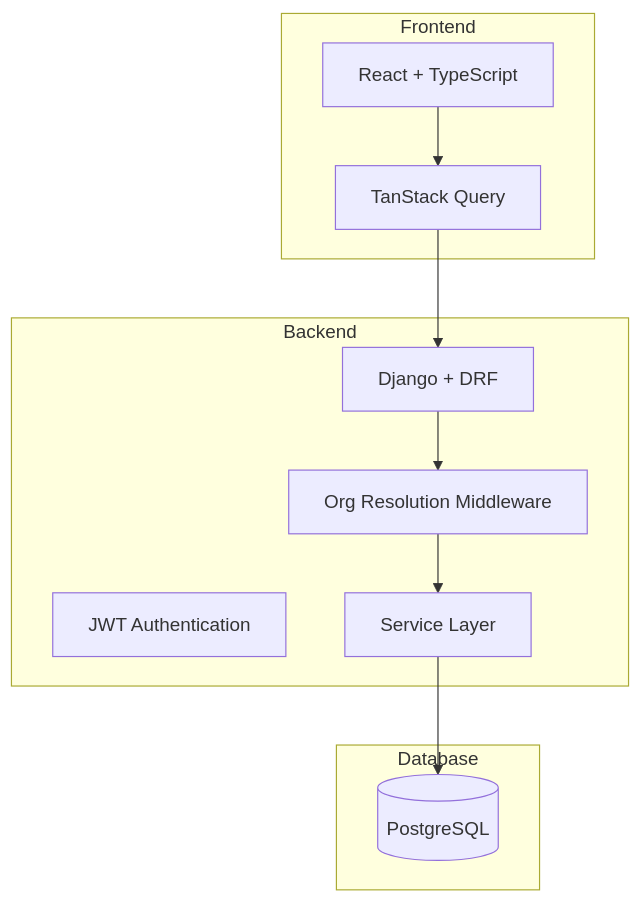
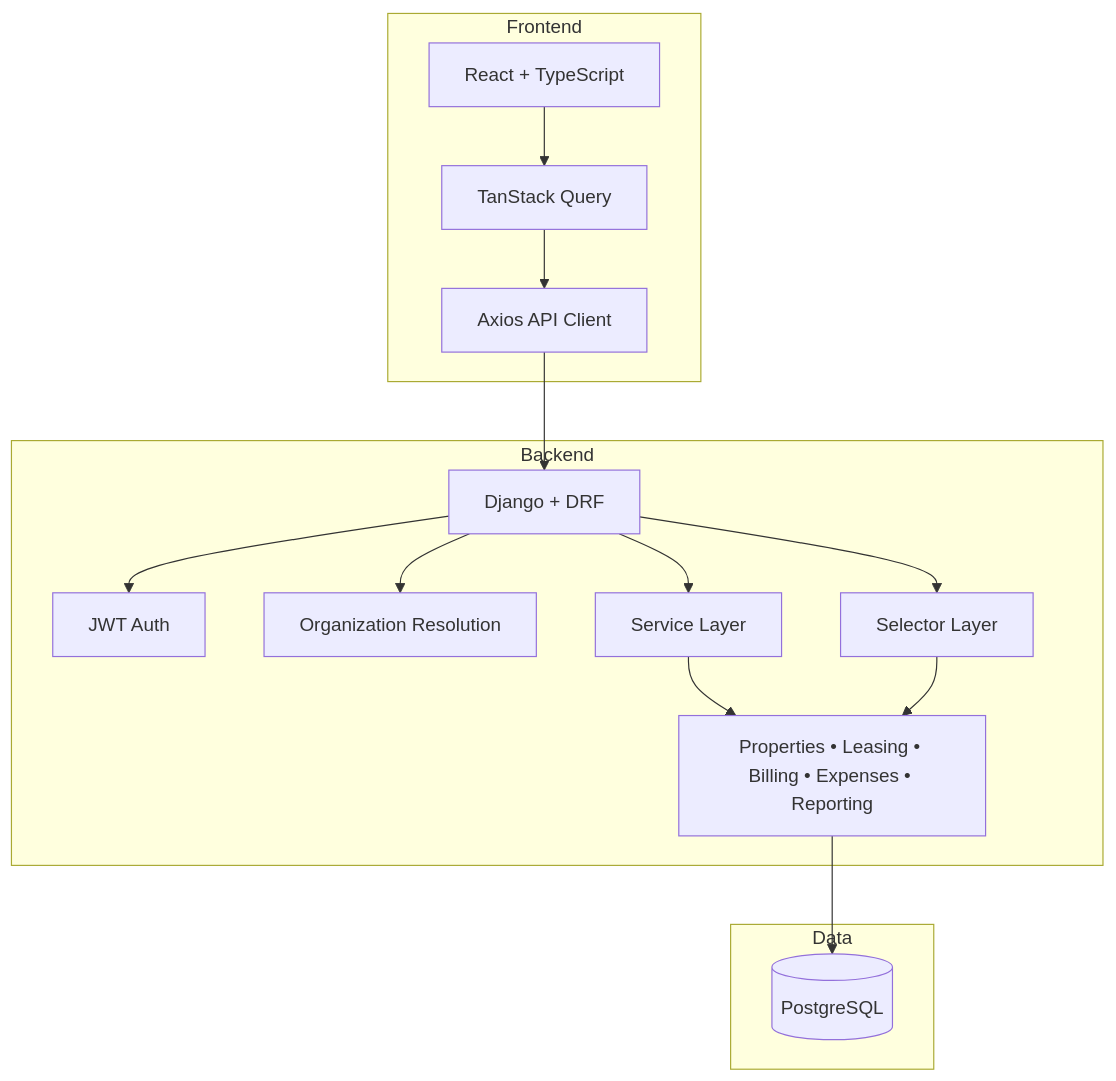
One commit to anthonynarine/EstateIQ changed the third of 4 diagrams in EstateIQ_Investor_README.md. Above: the diagram before and after it, drawn with Mermaid. The commit also changed other lines of this file and 1 other file, not shown here.

Commit message:
updated project architecture diagrams

````diff
--- a/EstateIQ_Investor_README.md
+++ b/EstateIQ_Investor_README.md
@@ -111,25 +166,33 @@
-``` mermaid
+```mermaid
 flowchart TB
 
   subgraph Frontend
-    React[React + TypeScript]
+    UI[React + TypeScript]
     Query[TanStack Query]
+    Axios[Axios API Client]
   end
 
   subgraph Backend
-    Django[Django + DRF]
-    Auth[JWT Authentication]
-    Middleware[Org Resolution Middleware]
+    API[Django + DRF]
+    Auth[JWT Auth]
+    Org[Organization Resolution]
     Services[Service Layer]
+    Selectors[Selector Layer]
+    Domains[Properties • Leasing • Billing • Expenses • Reporting]
   end
 
-  subgraph Database
-    Postgres[(PostgreSQL)]
+  subgraph Data
+    DB[(PostgreSQL)]
   end
 
-  React --> Query
-  Query --> Django
-  Django --> Middleware
-  Middleware --> Services
-  Services --> Postgres
+  UI --> Query
+  Query --> Axios
+  Axios --> API
+  API --> Auth
+  API --> Org
+  API --> Services
+  API --> Selectors
+  Services --> Domains
+  Selectors --> Domains
+  Domains --> DB
 ```
````
